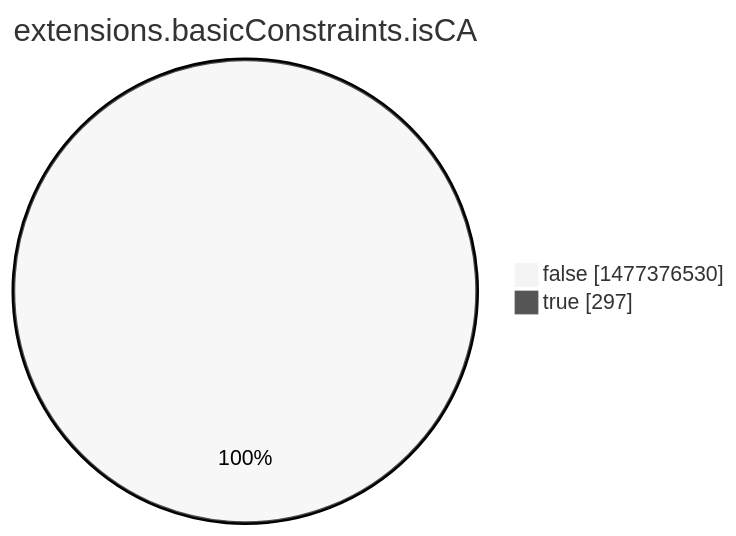
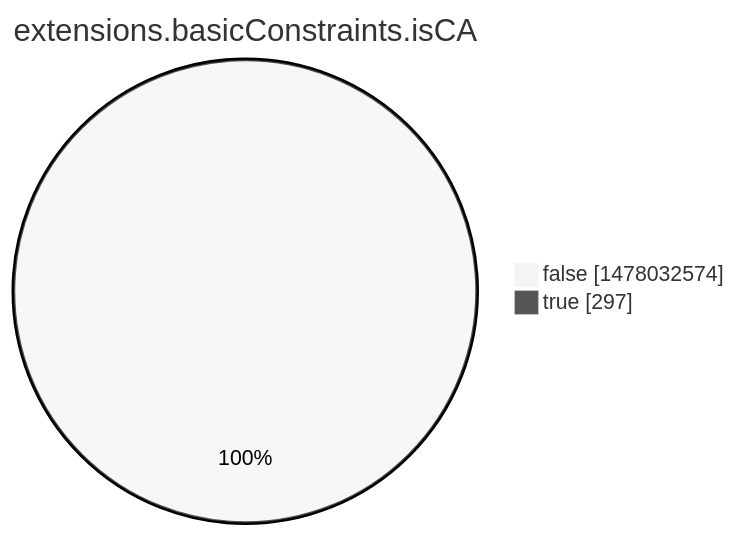
One commit to christiankrug/ctmonitor_visualization changed the eighth of 15 diagrams in argon2022/README.md. Above: the diagram before and after it, drawn with Mermaid (neutral theme). The commit also changed other lines of this file, not shown here.

````diff
--- a/argon2022/README.md
+++ b/argon2022/README.md
@@ -2760,6 +2760,6 @@
 ```mermaid
 pie showData
 title extensions.basicConstraints.isCA
-"false" :1477376530
+"false" :1478032574
 "true" :297
 ```
````
